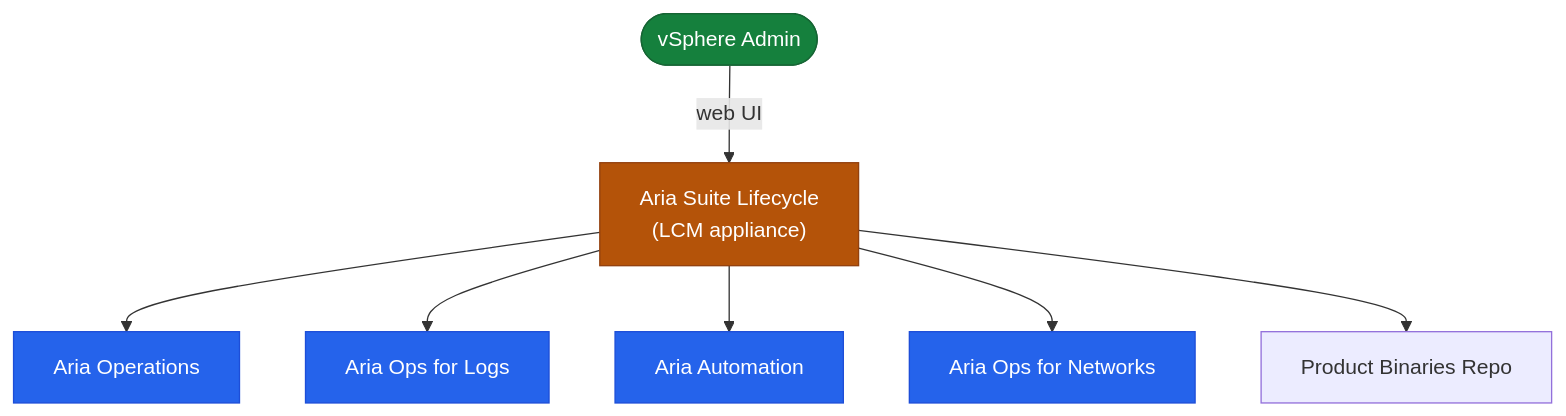
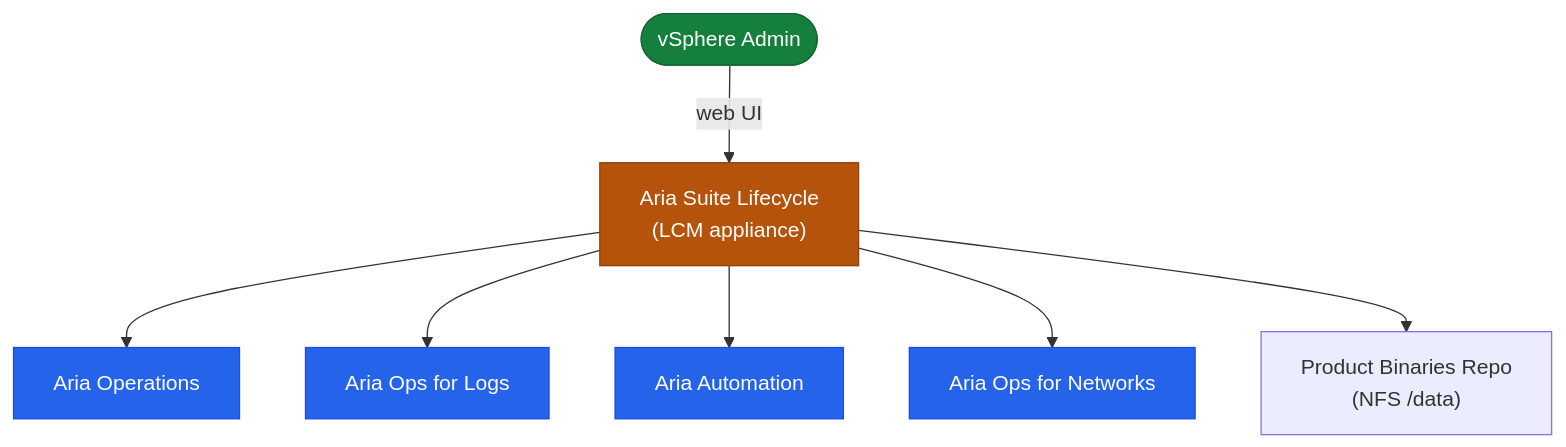
The diagram in docs/virtualization/vmware/aria-suite-lifecycle/architecture/index.md (canast01/chris-kb), drawn with Mermaid before and after one commit. The commit also changed other lines of this file and 28 other files, not shown here.

````diff
--- a/docs/virtualization/vmware/aria-suite-lifecycle/architecture/index.md
+++ b/docs/virtualization/vmware/aria-suite-lifecycle/architecture/index.md
@@ -9,16 +26,16 @@
 ```mermaid
 graph TB
   LCM["Aria Suite Lifecycle\n(LCM appliance)"]
   LCM --> VROPS["Aria Operations"]
   LCM --> VRLI["Aria Ops for Logs"]
   LCM --> VRA["Aria Automation"]
   LCM --> VRNI["Aria Ops for Networks"]
-  LCM --> REPO["Product Binaries Repo"]
+  LCM --> REPO["Product Binaries Repo\n(NFS /data)"]
   ADMIN(["vSphere Admin"]) -->|"web UI"| LCM
   classDef ctrl fill:#2563eb,stroke:#1d4ed8,color:#fff
   classDef mgmt fill:#b45309,stroke:#92400e,color:#fff
   classDef host fill:#15803d,stroke:#166534,color:#fff
   class LCM mgmt
   class VROPS,VRLI,VRA,VRNI ctrl
   class ADMIN host
 ```
````
